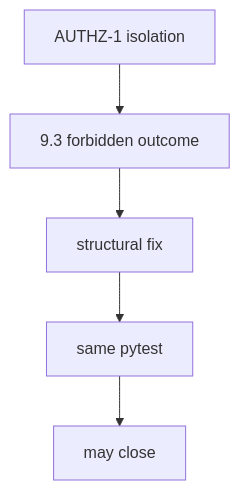
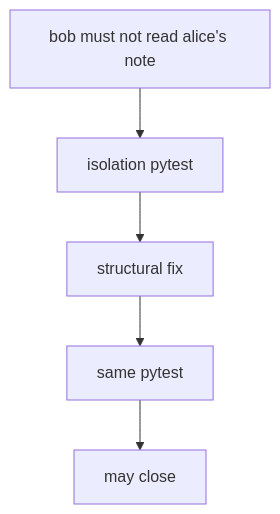
Before and after one commit to ishitvagoel/LearnSecurity: the first of 2 diagrams in content/modules/9/9.5/lessons/02-model.md, drawn with Mermaid. The commit also changed other lines of this file and 39 other files, not shown here.

````diff
--- a/content/modules/9/9.5/lessons/02-model.md
+++ b/content/modules/9/9.5/lessons/02-model.md
@@ -15,7 +18,7 @@
 ```mermaid
 flowchart TD
-  Cell[AUTHZ-1 isolation] --> Test["9.3 forbidden outcome"]
+  Cell[bob must not read alice's note] --> Test[isolation pytest]
   Test --> Fix[structural fix]
   Fix --> Retest[same pytest]
   Retest --> Close[may close]
 ```
````
